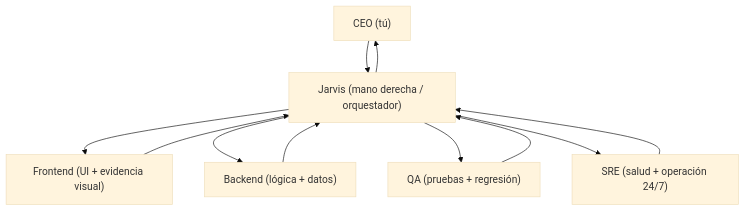
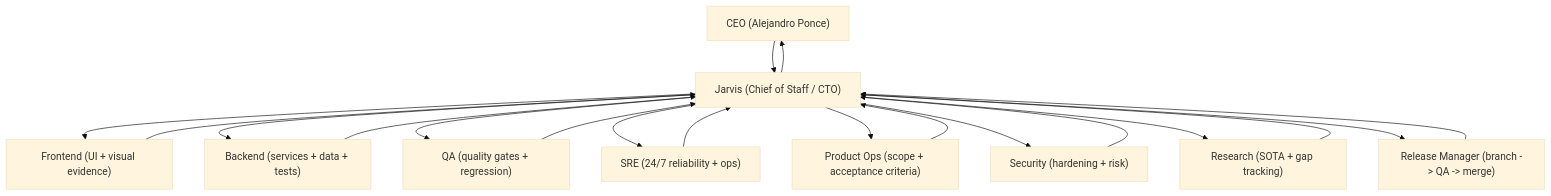
Before and after one commit to manolosake/PonceBot: the diagram in README.md, drawn with Mermaid (base theme). The commit also changed other lines of this file and 12 other files, not shown here.

Commit message:
Jarvis CTO: ticket cards, watch, orders + autopilot, English docs

````diff
--- a/README.md
+++ b/README.md
@@ -10,13 +17,21 @@
 ```mermaid
 flowchart TB
-  CEO["CEO (tú)"] --> J["Jarvis (mano derecha / orquestador)"]
-  J --> FE["Frontend (UI + evidencia visual)"]
-  J --> BE["Backend (lógica + datos)"]
-  J --> QA["QA (pruebas + regresión)"]
-  J --> SRE["SRE (salud + operación 24/7)"]
+  CEO["CEO (Alejandro Ponce)"] --> J["Jarvis (Chief of Staff / CTO)"]
+  J --> FE["Frontend (UI + visual evidence)"]
+  J --> BE["Backend (services + data + tests)"]
+  J --> QA["QA (quality gates + regression)"]
+  J --> SRE["SRE (24/7 reliability + ops)"]
+  J --> PO["Product Ops (scope + acceptance criteria)"]
+  J --> SEC["Security (hardening + risk)"]
+  J --> RES["Research (SOTA + gap tracking)"]
+  J --> RM["Release Manager (branch -> QA -> merge)"]
   FE --> J
   BE --> J
   QA --> J
   SRE --> J
+  PO --> J
+  SEC --> J
+  RES --> J
+  RM --> J
   J --> CEO
 ```
````
